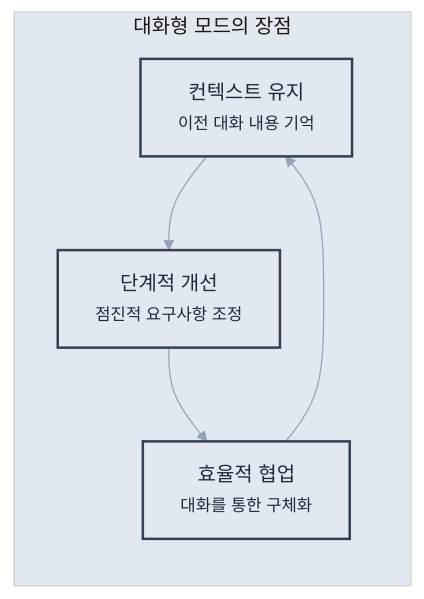
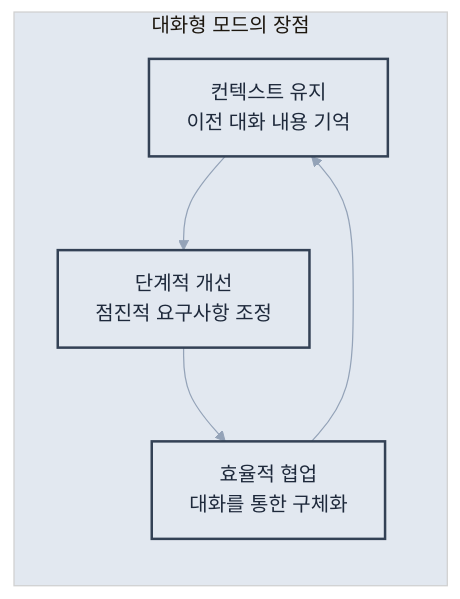
One commit to revfactory/claude-code-mastering changed the second of 6 diagrams in book/02-chapter2.md. Above: the diagram before and after it, drawn with Mermaid. The commit also changed other lines of this file and 10 other files, not shown here.

First line of the commit message:
fix: 챕터 2-13 Mermaid 다이어그램 텍스트 렌더링 최적화

````diff
--- a/book/02-chapter2.md
+++ b/book/02-chapter2.md
@@ -225,17 +225,17 @@
 ```mermaid
-%%{init: {"theme": "base", "themeVariables": {"primaryColor": "#f8fafc", "primaryTextColor": "#1e293b", "primaryBorderColor": "#e2e8f0", "lineColor": "#94a3b8", "secondaryColor": "#f1f5f9", "tertiaryColor": "#e2e8f0"}}}%%
+%%{init: {"theme": "base", "themeVariables": {"primaryColor": "#f8fafc", "primaryTextColor": "#1e293b", "primaryBorderColor": "#e2e8f0", "lineColor": "#94a3b8", "secondaryColor": "#f1f5f9", "tertiaryColor": "#e2e8f0"}, "flowchart": {"htmlLabels": false, "useMaxWidth": false}}}%%
 graph LR
     subgraph interactive ["대화형 모드의 장점"]
-        A["컨텍스트 유지<br/><small>이전 대화 내용 기억</small>"]
-        B["단계적 개선<br/><small>점진적 요구사항 조정</small>"]
-        C["효율적 협업<br/><small>대화를 통한 구체화</small>"]
+        A["컨텍스트 유지<br/>이전 대화 내용 기억"]
+        B["단계적 개선<br/>점진적 요구사항 조정"]
+        C["효율적 협업<br/>대화를 통한 구체화"]
         
         A --> B
         B --> C
         C --> A
     end
     
     classDef advantageStyle fill:#e2e8f0,stroke:#334155,stroke-width:2px,color:#1e293b
     
     class A,B,C advantageStyle
 ```
````
